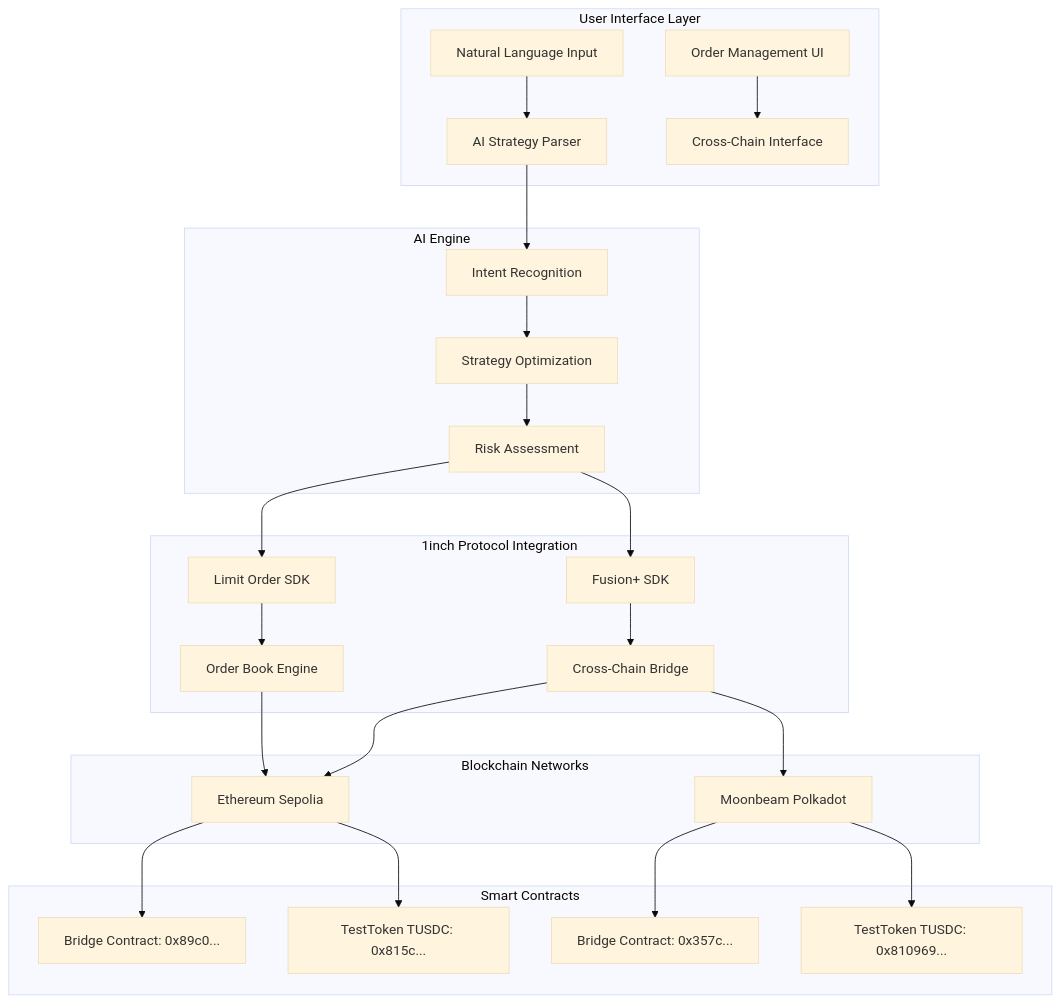
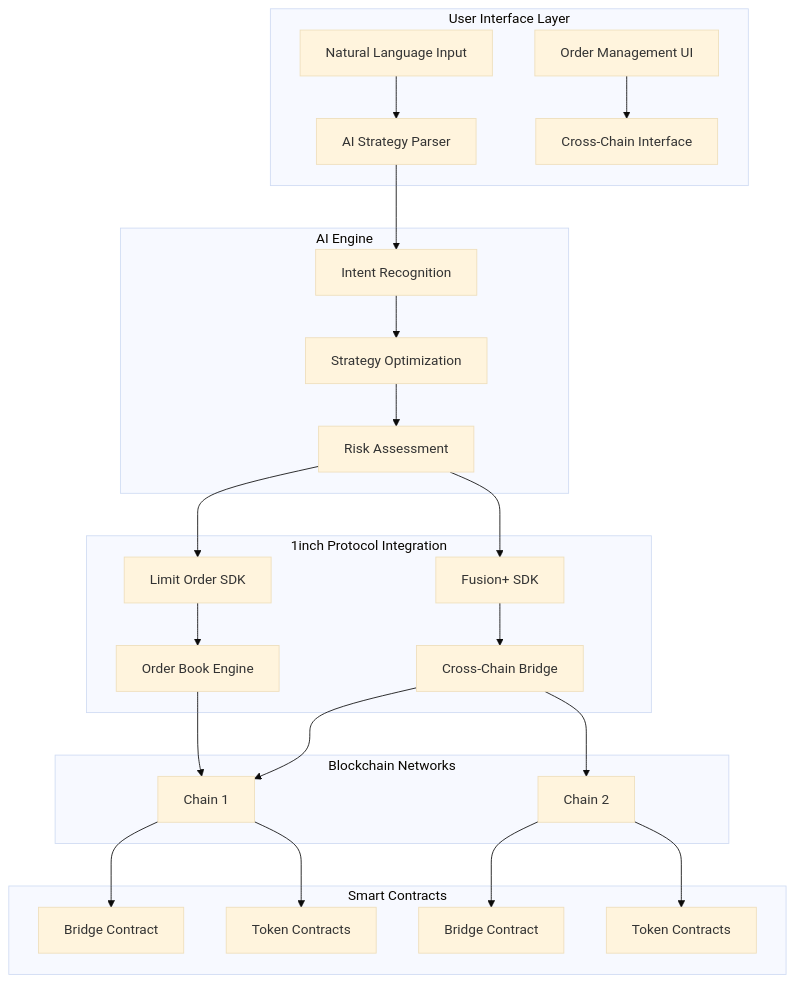
Before and after one commit to Manidills/Unite_1inch: the diagram in README.md, drawn with Mermaid (base theme). The commit also changed other lines of this file, not shown here.

````diff
--- a/README.md
+++ b/README.md
@@ -57,33 +57,33 @@
 ```mermaid
 graph TB
     subgraph "User Interface Layer"
         A[Natural Language Input] --> B[AI Strategy Parser]
         C[Order Management UI] --> D[Cross-Chain Interface]
     end
     
     subgraph "AI Engine"
         B --> E[Intent Recognition]
         E --> F[Strategy Optimization]
         F --> G[Risk Assessment]
     end
     
     subgraph "1inch Protocol Integration"
         G --> H[Fusion+ SDK]
         G --> I[Limit Order SDK]
         H --> J[Cross-Chain Bridge]
         I --> K[Order Book Engine]
     end
     
     subgraph "Blockchain Networks"
-        J --> L[Ethereum Sepolia]
-        J --> M[Moonbeam Polkadot]
+        J --> L[Chain 1]
+        J --> M[Chain 2]
         K --> L
     end
     
     subgraph "Smart Contracts"
-        L --> N[Bridge Contract: 0x89c0...]
-        L --> O[TestToken TUSDC: 0x815c...]
-        M --> P[Bridge Contract: 0x357c...]
-        M --> Q[TestToken TUSDC: 0x810969...]
+        L --> N[Bridge Contract]
+        L --> O[Token Contracts]
+        M --> P[Bridge Contract]
+        M --> Q[Token Contracts]
     end
 ```
````
